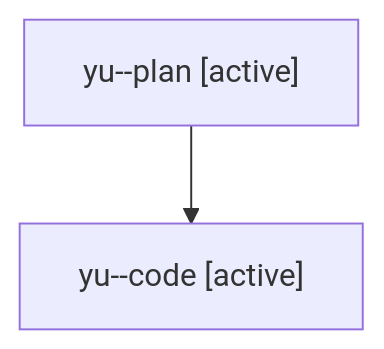
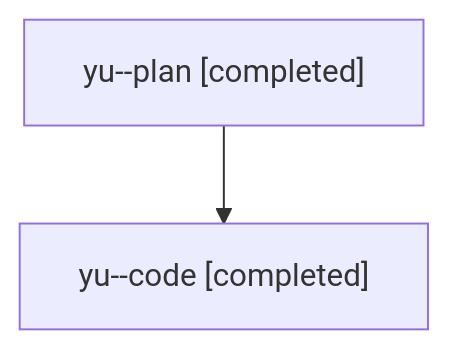
The diagram in families/bbugyi200.athena.yu.md (bobs-org/bob-cli--agents), drawn with Mermaid before and after one commit. The commit also changed other lines of this file and 58 other files, not shown here.

````diff
--- a/families/bbugyi200.athena.yu.md
+++ b/families/bbugyi200.athena.yu.md
@@ -9,6 +9,6 @@
 ```mermaid
 flowchart TD
-  n0["yu--plan [active]"]
-  n1["yu--code [active]"]
+  n0["yu--plan [completed]"]
+  n1["yu--code [completed]"]
   n0 --> n1
 ```
````
